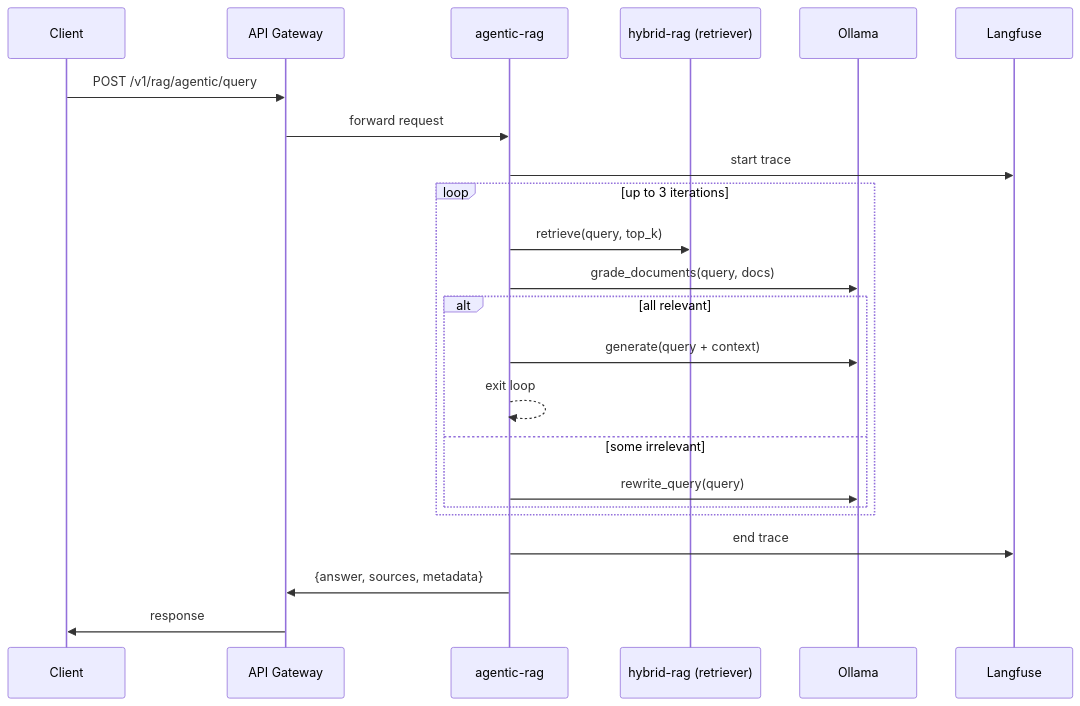
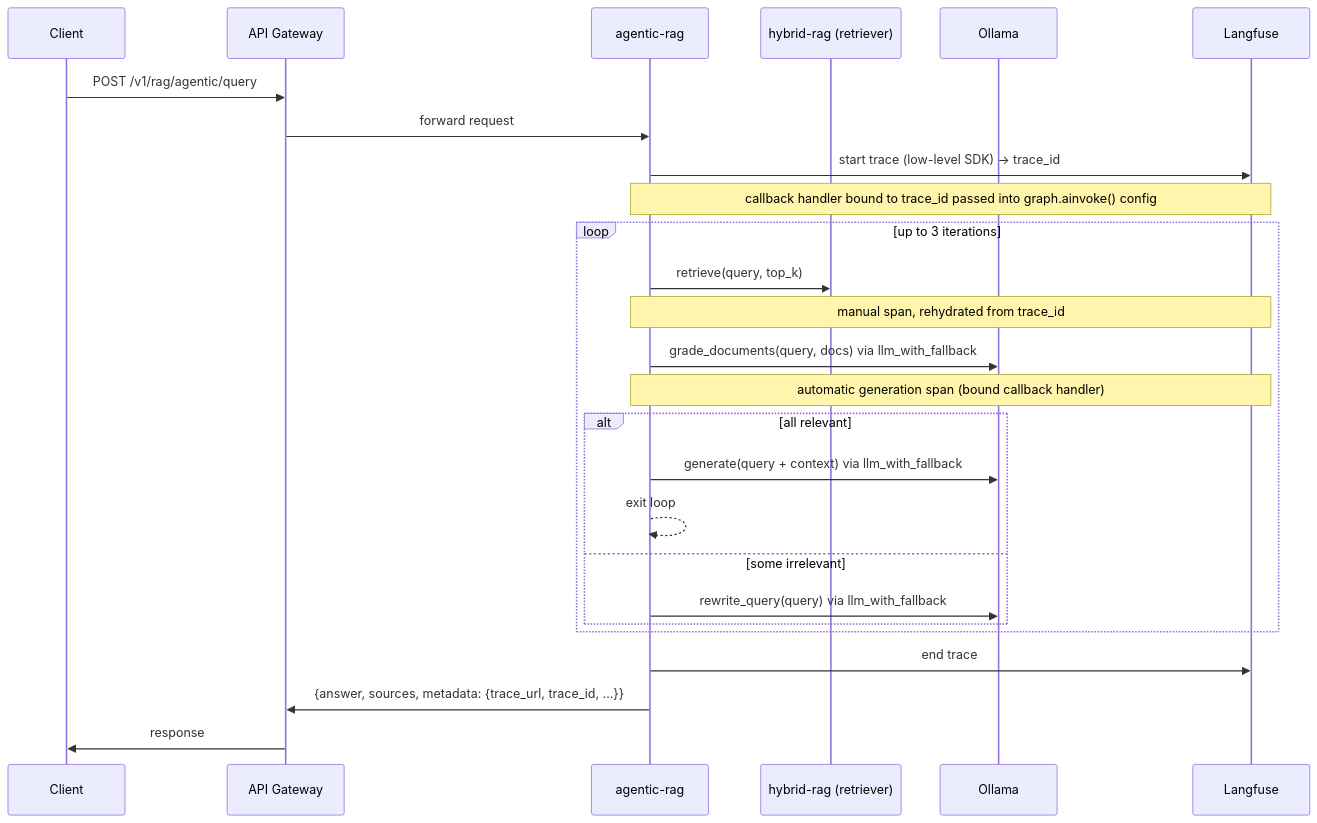
Before and after one commit to Tzvetelin88/private_enterprise_ai: the fourth of 5 diagrams in rag/ARCHITECTURE.md, drawn with Mermaid. The commit also changed other lines of this file and 48 other files, not shown here.

````diff
--- a/rag/ARCHITECTURE.md
+++ b/rag/ARCHITECTURE.md
@@ -148,26 +156,29 @@
 ```mermaid
 sequenceDiagram
     participant C as Client
     participant GW as API Gateway
     participant AR as agentic-rag
     participant HR as hybrid-rag (retriever)
     participant LLM as Ollama
     participant LF as Langfuse
 
     C->>GW: POST /v1/rag/agentic/query
     GW->>AR: forward request
-    AR->>LF: start trace
+    AR->>LF: start trace (low-level SDK) → trace_id
+    Note over AR,LF: callback handler bound to trace_id passed into graph.ainvoke() config
     loop up to 3 iterations
         AR->>HR: retrieve(query, top_k)
-        AR->>LLM: grade_documents(query, docs)
+        Note over AR,LF: manual span, rehydrated from trace_id
+        AR->>LLM: grade_documents(query, docs) via llm_with_fallback
+        Note over AR,LF: automatic generation span (bound callback handler)
         alt all relevant
-            AR->>LLM: generate(query + context)
+            AR->>LLM: generate(query + context) via llm_with_fallback
             AR-->>AR: exit loop
         else some irrelevant
-            AR->>LLM: rewrite_query(query)
+            AR->>LLM: rewrite_query(query) via llm_with_fallback
         end
     end
     AR->>LF: end trace
-    AR->>GW: {answer, sources, metadata}
+    AR->>GW: {answer, sources, metadata: {trace_url, trace_id, ...}}
     GW->>C: response
 ```
````
